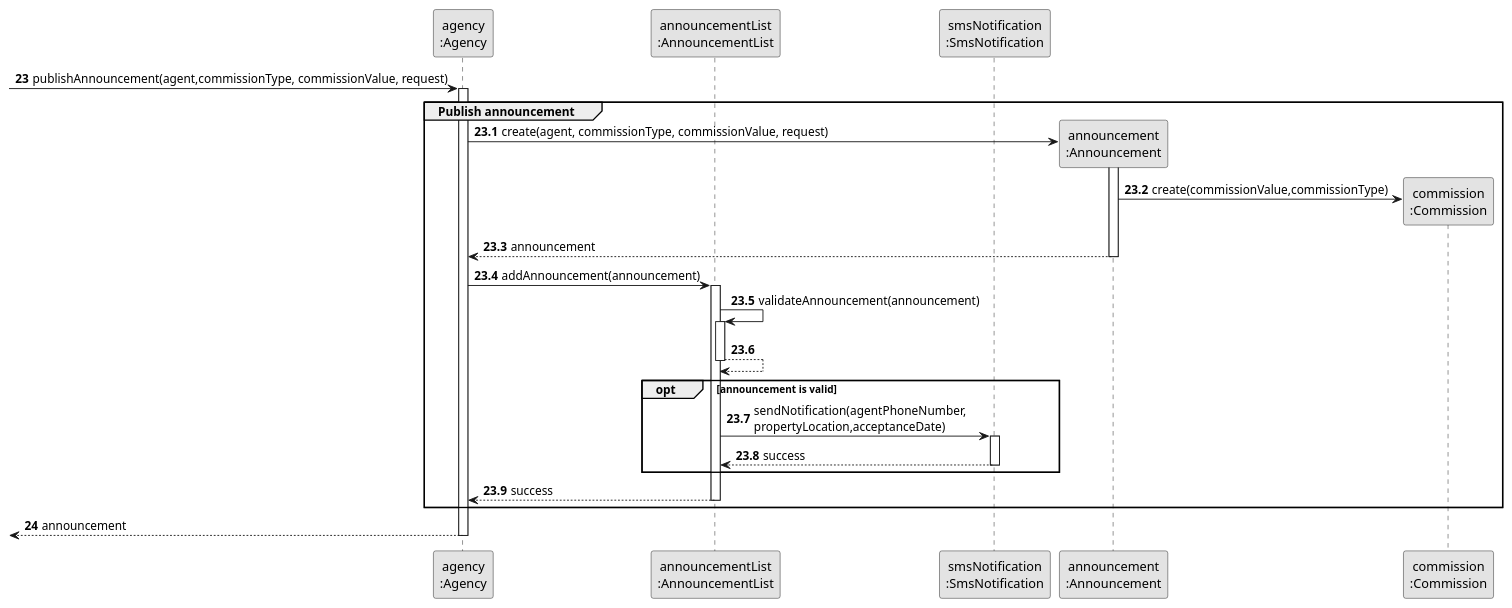
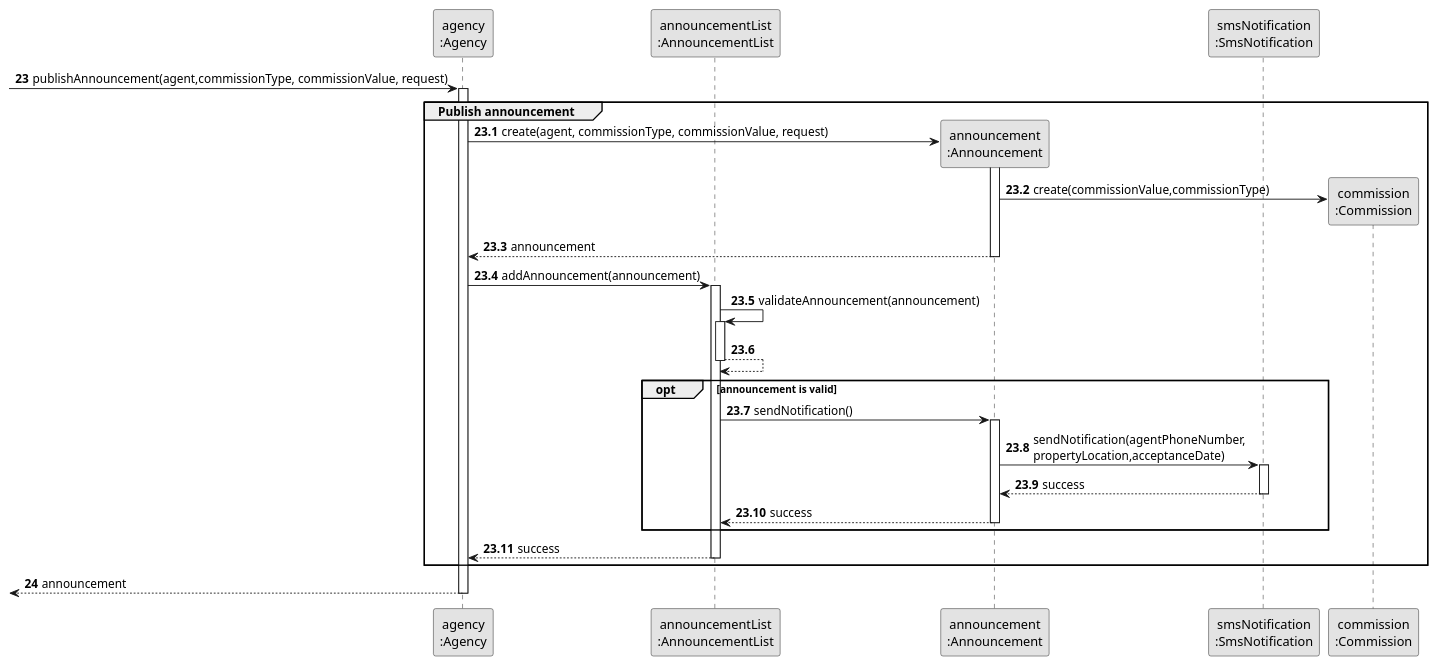
The diagram in docs/sprintD/us002/03.design/puml/us002-sequence-diagram-partial-publish-announcement.puml (rita-barbosa/LAPR2-2223), drawn with PlantUML before and after one commit. The commit also changed 4 other files, not shown here.

Commit message:
Update sequence & class diagram: changes caused by the use of protected variation [US002][Design]

```diff
--- a/docs/sprintD/us002/03.design/puml/us002-sequence-diagram-partial-publish-announcement.puml
+++ b/docs/sprintD/us002/03.design/puml/us002-sequence-diagram-partial-publish-announcement.puml
@@ -1,57 +1,63 @@
 @startuml
 skinparam monochrome true
 skinparam packageStyle rectangle
 skinparam shadowing false\
 
 
 participant "agency\n:Agency" as AGENCY
 participant "announcementList\n:AnnouncementList" as ADList
+participant "announcement\n:Announcement" as AD
 participant "smsNotification\n:SmsNotification" as SMSNOT
-participant "announcement\n:Announcement" as AD
 participant "commission\n:Commission" as COMMISSION
 
 autonumber 23
 
              -> AGENCY : publishAnnouncement(agent,commissionType, commissionValue, request)
              activate AGENCY
 
 autonumber 23.1
 
     group Publish announcement
 
 
                 AGENCY -> AD**: create(agent, commissionType, commissionValue, request)
                 activate AD
 
                 AD -> COMMISSION** : create(commissionValue,commissionType)
 
                 AD --> AGENCY : announcement
                 deactivate AD
 
                 AGENCY -> ADList: addAnnouncement(announcement)
                 activate ADList
 
                 ADList -> ADList: validateAnnouncement(announcement)
                 activate ADList
 
                 ADList --> ADList
                 deactivate ADList
 
                 opt  announcement is valid
-                ADList -> SMSNOT : sendNotification(agentPhoneNumber, \npropertyLocation,acceptanceDate)
+                ADList -> AD : sendNotification()
+                activate AD
+
+                AD -> SMSNOT : sendNotification(agentPhoneNumber, \npropertyLocation,acceptanceDate)
                 activate SMSNOT
 
-                SMSNOT --> ADList : success
+                SMSNOT --> AD: success
                 deactivate SMSNOT
+
+                AD --> ADList : success
+                deactivate AD
                 end opt
 
                 ADList --> AGENCY : success
                 deactivate  ADList
     end
 
 autonumber 24
 
     <-- AGENCY : announcement
     deactivate AGENCY
 
 @enduml
```
